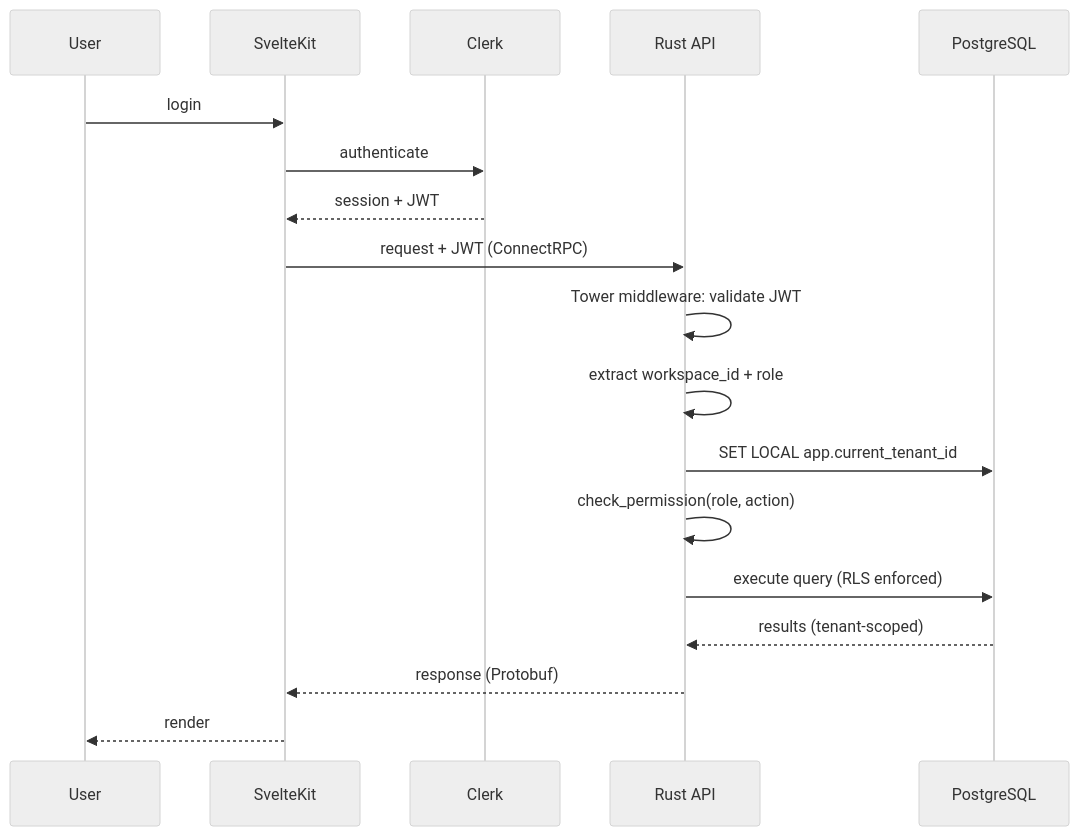
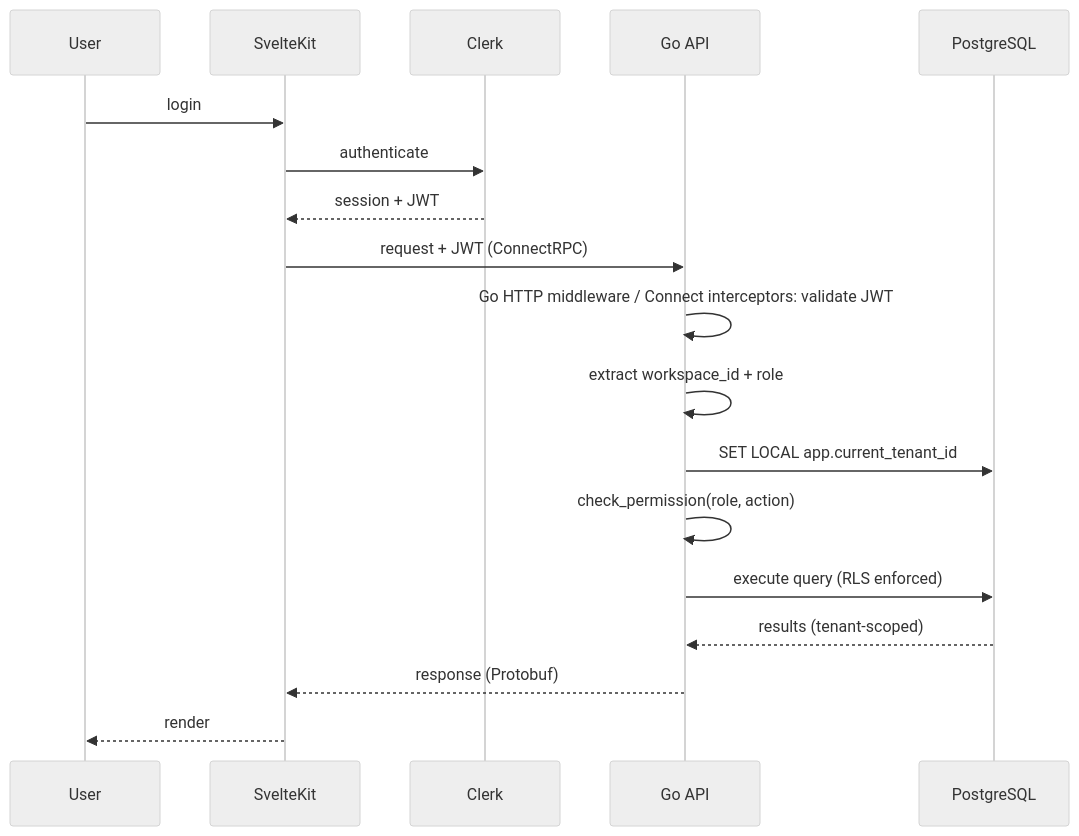
Before and after one commit to quantm-zeus/creativanta: the seventh of 12 diagrams in docs/05_system/sequence_diagrams.md, drawn with Mermaid (neutral theme). The commit also changed other lines of this file and 51 other files, not shown here.

````diff
--- a/docs/05_system/sequence_diagrams.md
+++ b/docs/05_system/sequence_diagrams.md
@@ -276,21 +277,21 @@
 ```mermaid
 sequenceDiagram
     participant User
     participant Web as SvelteKit
     participant Clerk as Clerk
-    participant API as Rust API
+    participant API as Go API
     participant DB as PostgreSQL
 
     User->>Web: login
     Web->>Clerk: authenticate
     Clerk-->>Web: session + JWT
     Web->>API: request + JWT (ConnectRPC)
-    API->>API: Tower middleware: validate JWT
+    API->>API: Go HTTP middleware / Connect interceptors: validate JWT
     API->>API: extract workspace_id + role
     API->>DB: SET LOCAL app.current_tenant_id
     API->>API: check_permission(role, action)
     API->>DB: execute query (RLS enforced)
     DB-->>API: results (tenant-scoped)
     API-->>Web: response (Protobuf)
     Web-->>User: render
 ```
````
